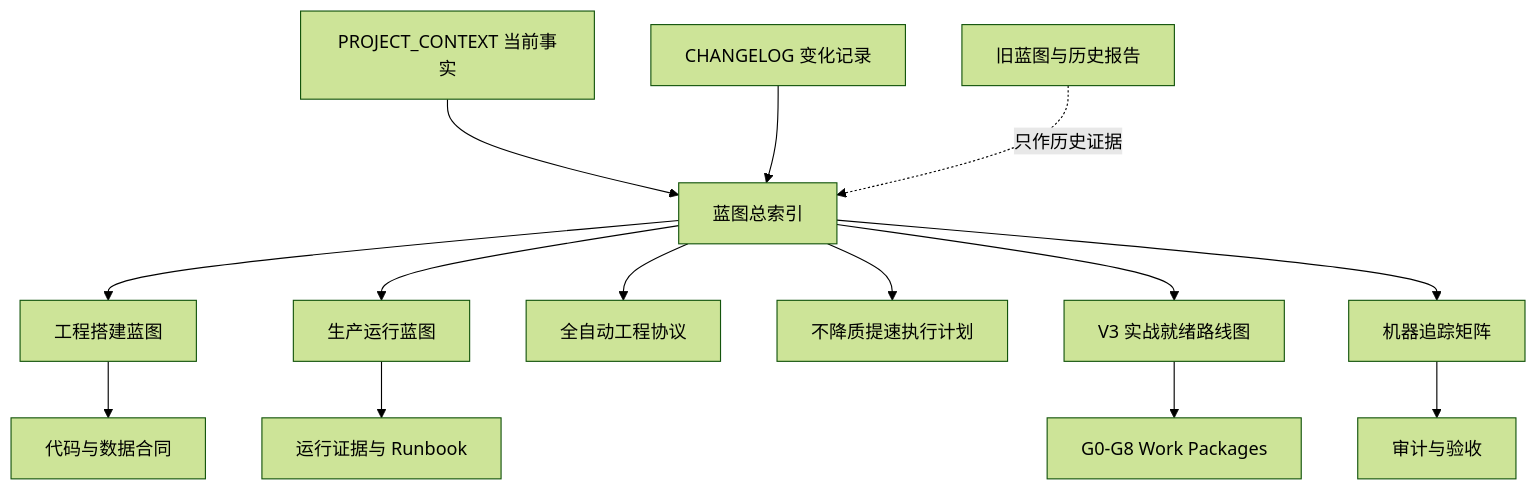
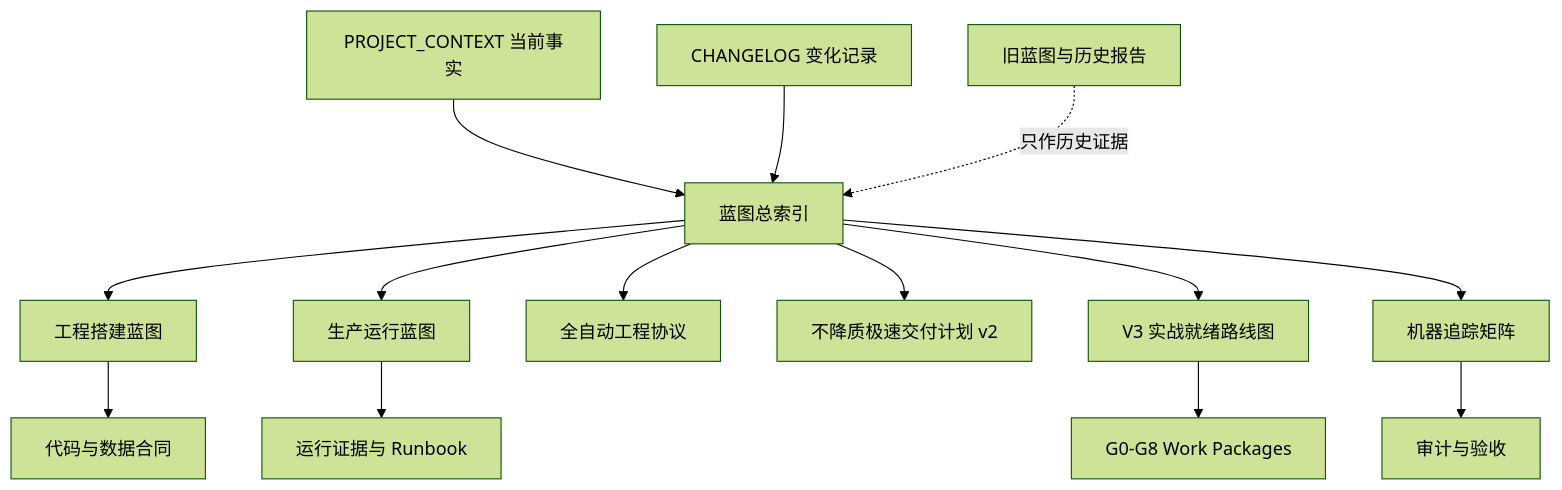
Before and after one commit to TianYuan1926/chuan-market-radar: the diagram in docs/blueprints/README.md, drawn with Mermaid (forest theme). The commit also changed other lines of this file and 4 other files, not shown here.

````diff
--- a/docs/blueprints/README.md
+++ b/docs/blueprints/README.md
@@ -20,21 +20,21 @@
 ```mermaid
 flowchart TD
     accTitle: Market Radar Blueprint Authority
     accDescr: The blueprint system separates current facts, engineering construction, production operation, and staged readiness while preserving historical documents as lower-priority evidence.
 
     index["蓝图总索引"] --> engineering["工程搭建蓝图"]
     index --> runtime["生产运行蓝图"]
     index --> autonomy["全自动工程协议"]
-    index --> acceleration["不降质提速执行计划"]
+    index --> acceleration["不降质极速交付计划 v2"]
     index --> roadmap["V3 实战就绪路线图"]
     index --> traceability["机器追踪矩阵"]
 
     engineering --> code_contracts["代码与数据合同"]
     runtime --> production_evidence["运行证据与 Runbook"]
     roadmap --> work_packages["G0-G8 Work Packages"]
     traceability --> audit_gate["审计与验收"]
 
     current_context["PROJECT_CONTEXT 当前事实"] --> index
     changelog["CHANGELOG 变化记录"] --> index
     historical["旧蓝图与历史报告"] -. "只作历史证据" .-> index
 ```
````
